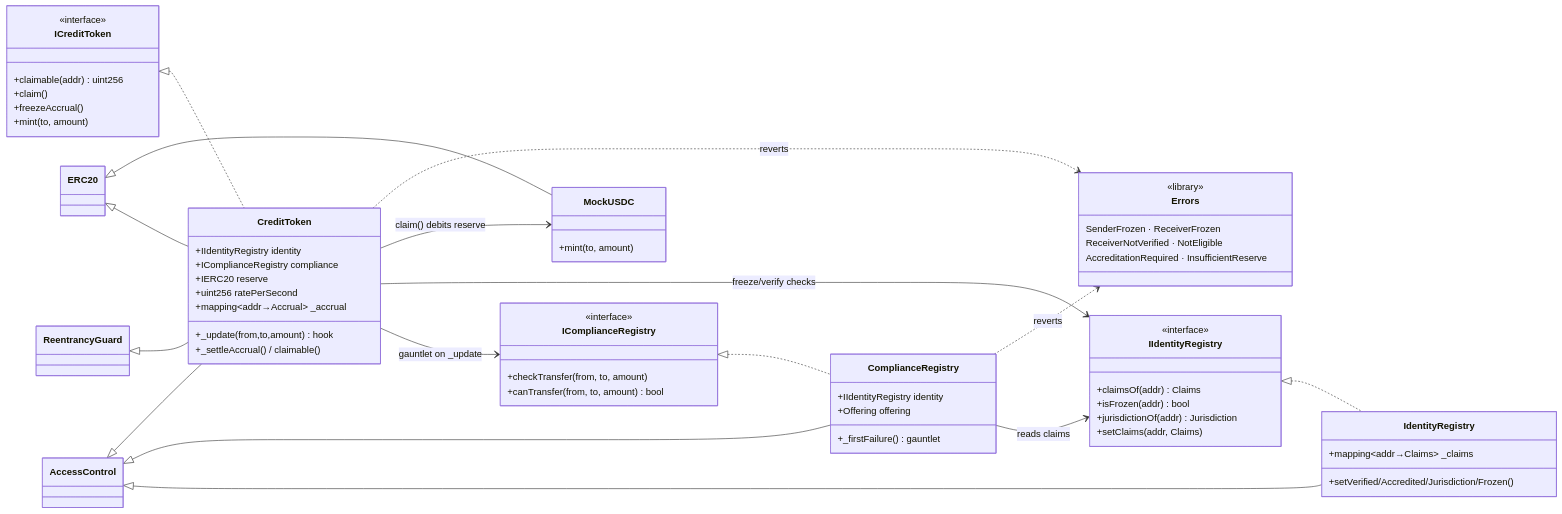
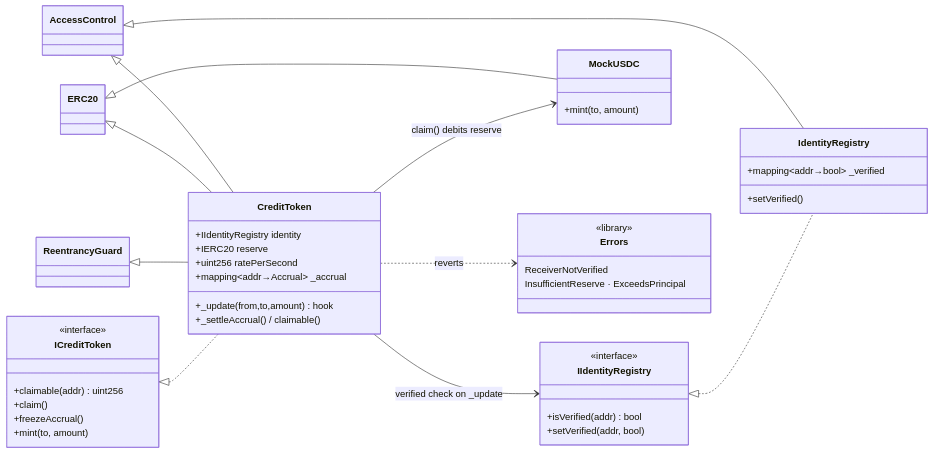
The second of 14 diagrams in docs/architecture/MAP.md (xbt-a4224j/permissioned-credit-ledger), drawn with Mermaid before and after one commit. The commit also changed other lines of this file and 69 other files, not shown here.

````diff
--- a/docs/architecture/MAP.md
+++ b/docs/architecture/MAP.md
@@ -77,70 +76,51 @@
 ```mermaid
 classDiagram
   direction LR
 
   class IIdentityRegistry {
     <<interface>>
-    +claimsOf(addr) Claims
-    +isFrozen(addr) bool
-    +jurisdictionOf(addr) Jurisdiction
-    +setClaims(addr, Claims)
-  }
-  class IComplianceRegistry {
-    <<interface>>
-    +checkTransfer(from, to, amount)
-    +canTransfer(from, to, amount) bool
+    +isVerified(addr) bool
+    +setVerified(addr, bool)
   }
   class ICreditToken {
     <<interface>>
     +claimable(addr) uint256
     +claim()
     +freezeAccrual()
     +mint(to, amount)
   }
 
   class IdentityRegistry {
-    +mapping~addr→Claims~ _claims
-    +setVerified/Accredited/Jurisdiction/Frozen()
-  }
-  class ComplianceRegistry {
-    +IIdentityRegistry identity
-    +Offering offering
-    +_firstFailure() gauntlet
+    +mapping~addr→bool~ _verified
+    +setVerified()
   }
   class CreditToken {
     +IIdentityRegistry identity
-    +IComplianceRegistry compliance
     +IERC20 reserve
     +uint256 ratePerSecond
     +mapping~addr→Accrual~ _accrual
     +_update(from,to,amount) hook
     +_settleAccrual() / claimable()
   }
   class MockUSDC {
     +mint(to, amount)
   }
   class Errors {
     <<library>>
-    SenderFrozen · ReceiverFrozen
-    ReceiverNotVerified · NotEligible
-    AccreditationRequired · InsufficientReserve
+    ReceiverNotVerified
+    InsufficientReserve · ExceedsPrincipal
   }
 
   AccessControl <|-- IdentityRegistry
-  AccessControl <|-- ComplianceRegistry
   AccessControl <|-- CreditToken
   ERC20 <|-- CreditToken
   ERC20 <|-- MockUSDC
   ReentrancyGuard <|-- CreditToken
 
   IIdentityRegistry <|.. IdentityRegistry
-  IComplianceRegistry <|.. ComplianceRegistry
   ICreditToken <|.. CreditToken
 
-  ComplianceRegistry --> IIdentityRegistry : reads claims
-  CreditToken --> IComplianceRegistry : gauntlet on _update
-  CreditToken --> IIdentityRegistry : freeze/verify checks
+  CreditToken --> IIdentityRegistry : verified check on _update
   CreditToken --> MockUSDC : claim() debits reserve
   CreditToken ..> Errors : reverts
-  ComplianceRegistry ..> Errors : reverts
 ```
````
